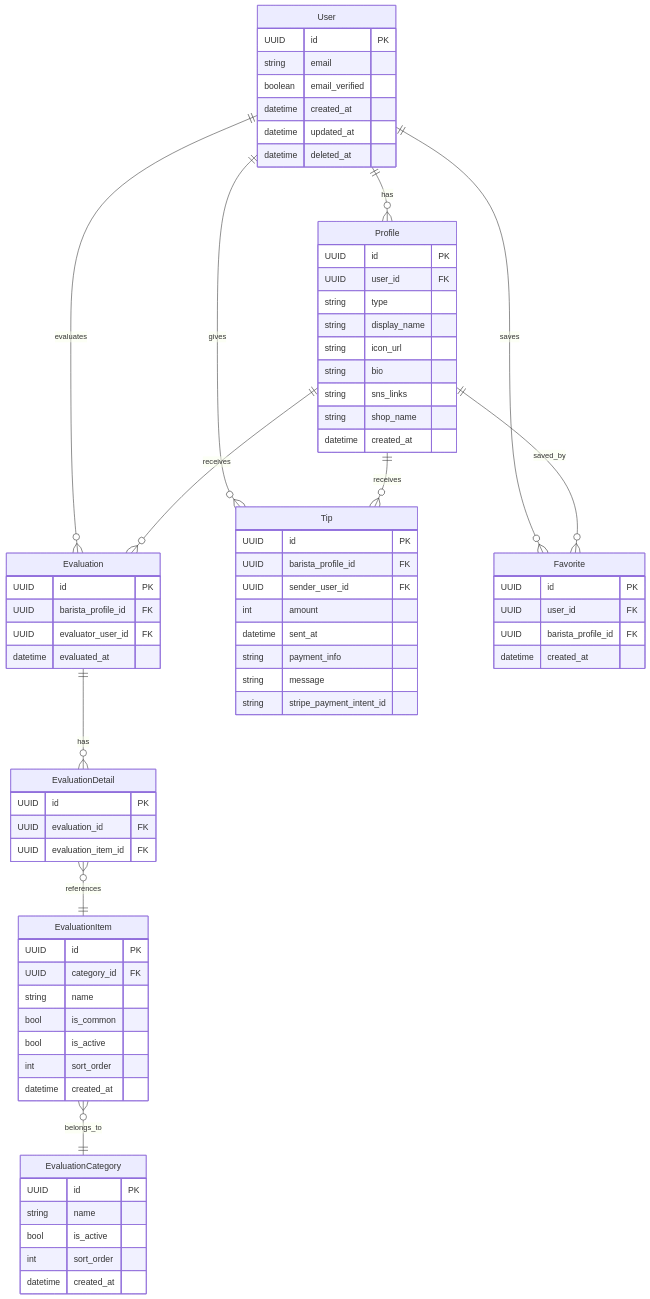
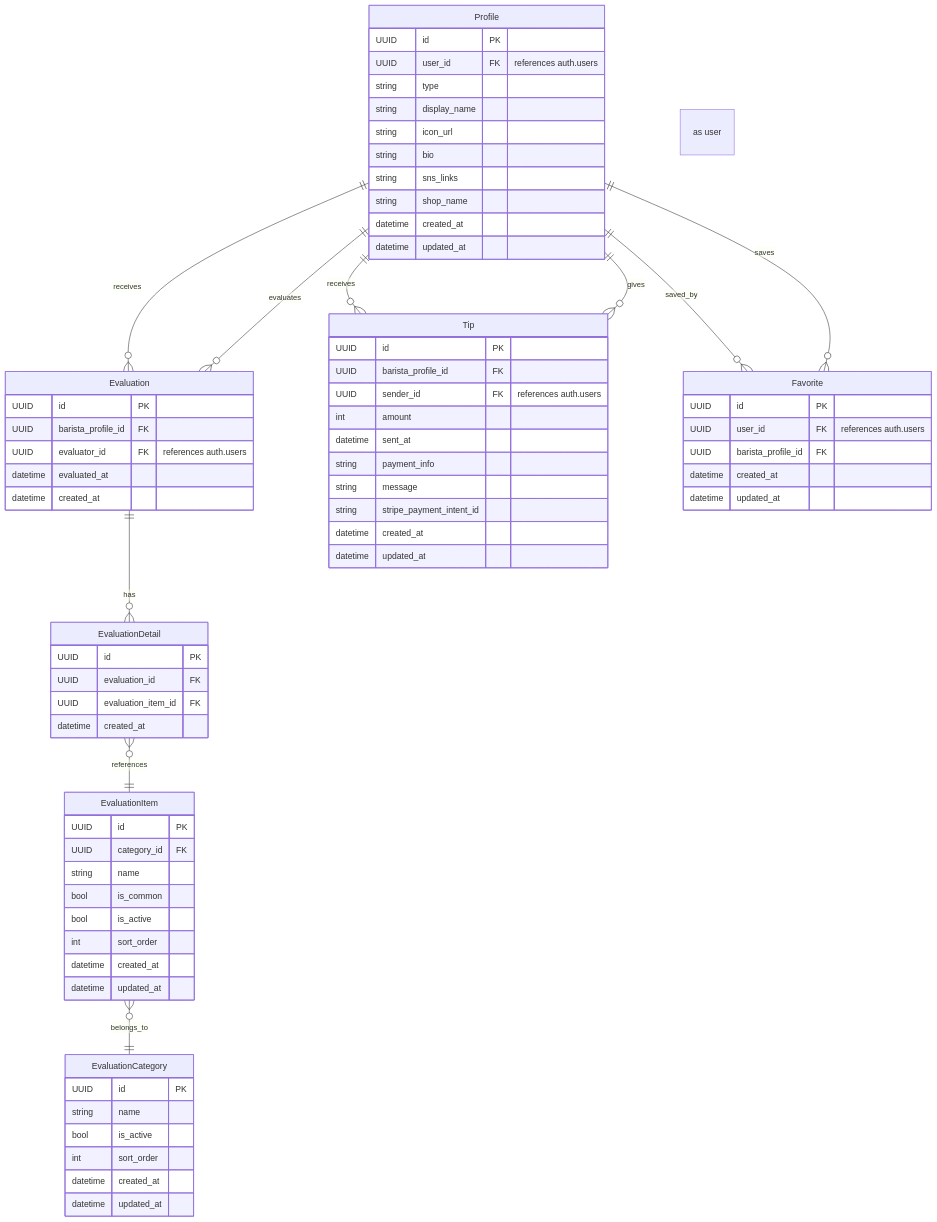
Before and after one commit to aiirononeko/bra-b: the diagram in README.md, drawn with Mermaid. The commit also changed other lines of this file and 8 other files, not shown here.

````diff
--- a/README.md
+++ b/README.md
@@ -30,31 +25,20 @@
 ```mermaid
 erDiagram
-
-User ||--o{ Profile : has
-User ||--o{ Evaluation : evaluates
-User ||--o{ Tip : gives
-User ||--o{ Favorite : saves
 
 Profile ||--o{ Evaluation : receives
 Profile ||--o{ Tip : receives
 Profile ||--o{ Favorite : saved_by
+Profile ||--o{ Evaluation : evaluates "as user"
+Profile ||--o{ Tip : gives "as user"
+Profile ||--o{ Favorite : saves "as user"
 
 Evaluation ||--o{ EvaluationDetail : has
 EvaluationDetail }o--|| EvaluationItem : references
 EvaluationItem }o--|| EvaluationCategory : belongs_to
 
-User {
-  UUID id PK
-  string email
-  boolean email_verified
-  datetime created_at
-  datetime updated_at
-  datetime deleted_at
-}
-
 Profile {
   UUID id PK
-  UUID user_id FK
+  UUID user_id FK "references auth.users"
   string type
   string display_name
   string icon_url
@@ -62,19 +46,22 @@
   string sns_links
   string shop_name
   datetime created_at
+  datetime updated_at
 }
 
 Evaluation {
   UUID id PK
   UUID barista_profile_id FK
-  UUID evaluator_user_id FK
+  UUID evaluator_id FK "references auth.users"
   datetime evaluated_at
+  datetime created_at
 }
 
 EvaluationDetail {
   UUID id PK
   UUID evaluation_id FK
   UUID evaluation_item_id FK
+  datetime created_at
 }
 
 EvaluationItem {
@@ -85,6 +72,7 @@
   bool is_active
   int sort_order
   datetime created_at
+  datetime updated_at
 }
 
 EvaluationCategory {
@@ -93,23 +81,27 @@
   bool is_active
   int sort_order
   datetime created_at
+  datetime updated_at
 }
 
 Tip {
   UUID id PK
   UUID barista_profile_id FK
-  UUID sender_user_id FK
+  UUID sender_id FK "references auth.users"
   int amount
   datetime sent_at
   string payment_info
   string message
   string stripe_payment_intent_id
+  datetime created_at
+  datetime updated_at
 }
 
 Favorite {
   UUID id PK
-  UUID user_id FK
+  UUID user_id FK "references auth.users"
   UUID barista_profile_id FK
   datetime created_at
+  datetime updated_at
 }
 ```
````
